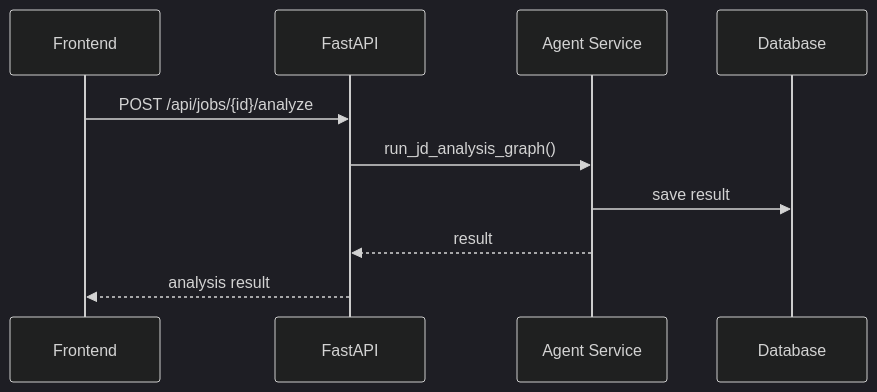
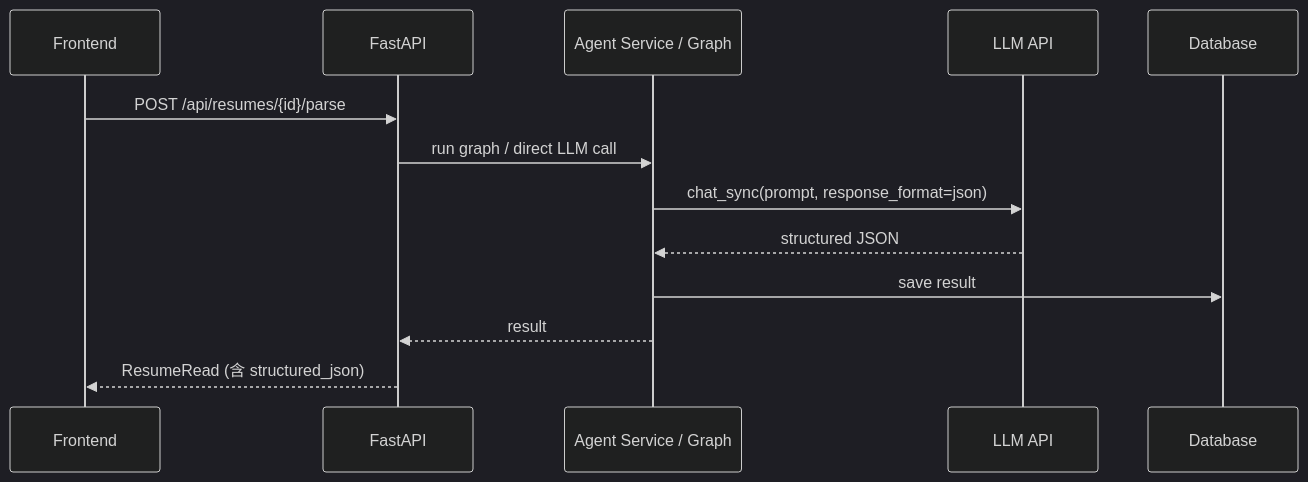
One commit to B20031620/careerpilot-resume-agent changed the second of 6 diagrams in docs/05_architecture.md. Above: the diagram before and after it, drawn with Mermaid (dark theme). The commit also changed other lines of this file and 45 other files, not shown here.

````diff
--- a/docs/05_architecture.md
+++ b/docs/05_architecture.md
@@ -283,13 +309,16 @@
 ```mermaid
 sequenceDiagram
     participant FE as Frontend
     participant API as FastAPI
-    participant AG as Agent Service
+    participant AG as Agent Service / Graph
+    participant LLM as LLM API
     participant DB as Database
 
-    FE->>API: POST /api/jobs/{id}/analyze
-    API->>AG: run_jd_analysis_graph()
+    FE->>API: POST /api/resumes/{id}/parse
+    API->>AG: run graph / direct LLM call
+    AG->>LLM: chat_sync(prompt, response_format=json)
+    LLM-->>AG: structured JSON
     AG->>DB: save result
     AG-->>API: result
-    API-->>FE: analysis result
+    API-->>FE: ResumeRead (含 structured_json)
 ```
````
